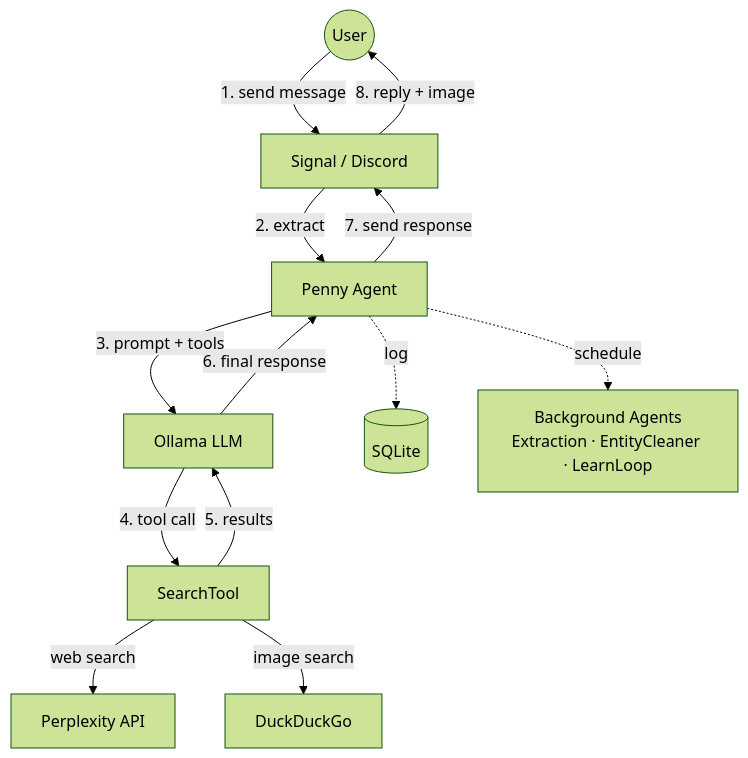
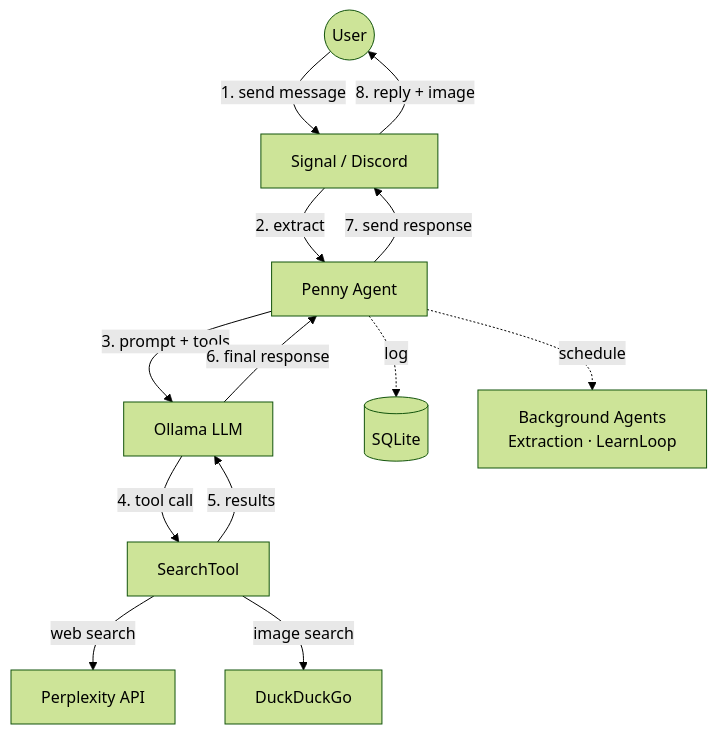
Before and after one commit to jaredlockhart/penny: the diagram in README.md, drawn with Mermaid (forest theme). The commit also changed other lines of this file and 12 other files, not shown here.

First line of the commit message:
feat: deduplicate entities at insertion time, remove EntityCleaner

````diff
--- a/README.md
+++ b/README.md
@@ -32,16 +32,16 @@
 ```mermaid
 flowchart TD
     User((User)) -->|"1. send message"| Channel[Signal / Discord]
     Channel -->|"2. extract"| Penny[Penny Agent]
     Penny -->|"3. prompt + tools"| Ollama[Ollama LLM]
     Ollama -->|"4. tool call"| Search[SearchTool]
     Search -->|"web search"| Perplexity[Perplexity API]
     Search -->|"image search"| DDG[DuckDuckGo]
     Search -->|"5. results"| Ollama
     Ollama -->|"6. final response"| Penny
     Penny -->|"7. send response"| Channel
     Channel -->|"8. reply + image"| User
 
     Penny -.->|"log"| DB[(SQLite)]
-    Penny -.->|"schedule"| BG["Background Agents\nExtraction · EntityCleaner · LearnLoop"]
+    Penny -.->|"schedule"| BG["Background Agents\nExtraction · LearnLoop"]
 ```
````
